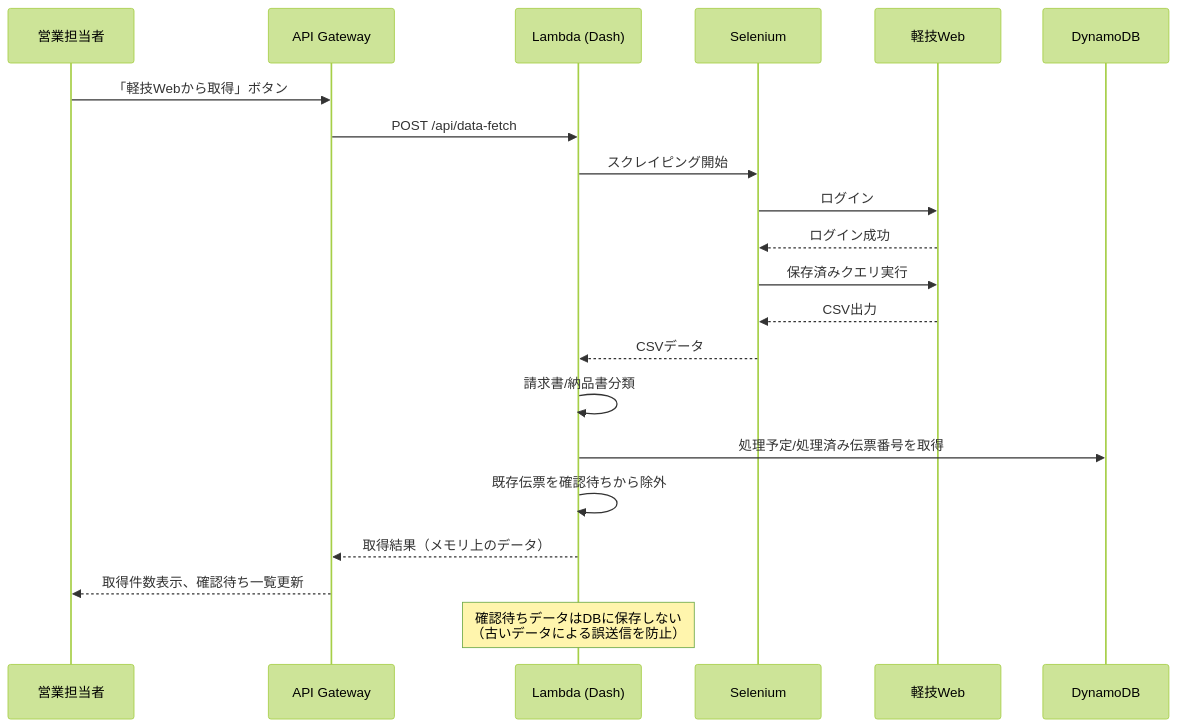
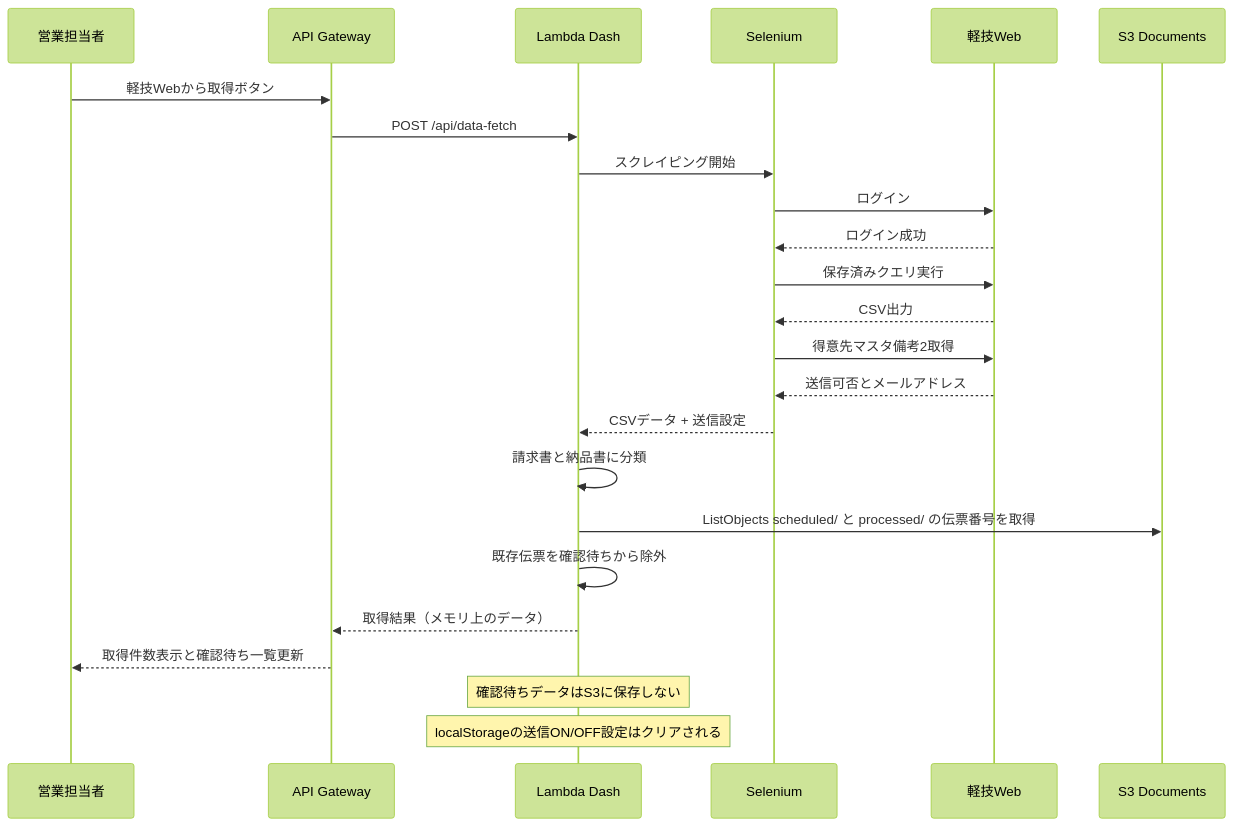
Before and after one commit to hogekof/tokaisteel-invoice-delivery-mail-system: the second of 7 diagrams in .kiro/specs/invoice-delivery-mail-system/design.md, drawn with Mermaid (forest theme). The commit also changed other lines of this file and 4 other files, not shown here.

````diff
--- a/.kiro/specs/invoice-delivery-mail-system/design.md
+++ b/.kiro/specs/invoice-delivery-mail-system/design.md
@@ -134,25 +135,28 @@
 ```mermaid
 sequenceDiagram
     participant User as 営業担当者
     participant APIGW as API Gateway
-    participant Lambda as Lambda (Dash)
+    participant Lambda as Lambda Dash
     participant Scraper as Selenium
     participant Keigi as 軽技Web
-    participant DB as DynamoDB
+    participant S3 as S3 Documents
 
-    User->>APIGW: 「軽技Webから取得」ボタン
+    User->>APIGW: 軽技Webから取得ボタン
     APIGW->>Lambda: POST /api/data-fetch
     Lambda->>Scraper: スクレイピング開始
     Scraper->>Keigi: ログイン
     Keigi-->>Scraper: ログイン成功
     Scraper->>Keigi: 保存済みクエリ実行
     Keigi-->>Scraper: CSV出力
-    Scraper-->>Lambda: CSVデータ
-    Lambda->>Lambda: 請求書/納品書分類
-    Lambda->>DB: 処理予定/処理済み伝票番号を取得
+    Scraper->>Keigi: 得意先マスタ備考2取得
+    Keigi-->>Scraper: 送信可否とメールアドレス
+    Scraper-->>Lambda: CSVデータ + 送信設定
+    Lambda->>Lambda: 請求書と納品書に分類
+    Lambda->>S3: ListObjects scheduled/ と processed/ の伝票番号を取得
     Lambda->>Lambda: 既存伝票を確認待ちから除外
     Lambda-->>APIGW: 取得結果（メモリ上のデータ）
-    APIGW-->>User: 取得件数表示、確認待ち一覧更新
+    APIGW-->>User: 取得件数表示と確認待ち一覧更新
 
-    Note over Lambda: 確認待ちデータはDBに保存しない<br/>（古いデータによる誤送信を防止）
+    Note over Lambda: 確認待ちデータはS3に保存しない
+    Note over Lambda: localStorageの送信ON/OFF設定はクリアされる
 ```
````
